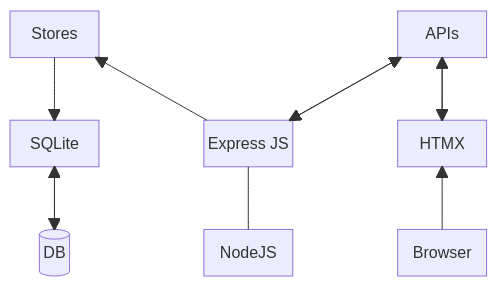
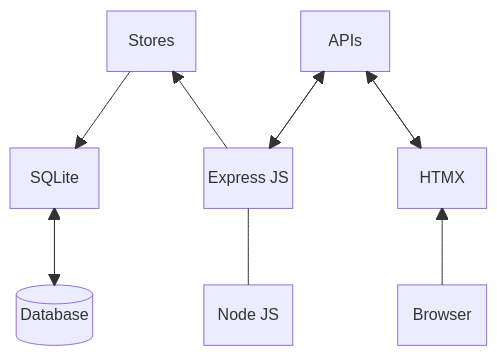
The diagram in README.md (TracyGJG/htmx-sqlite-todo), drawn with Mermaid before and after one commit.

Commit message:
Diagram updated

````diff
--- a/README.md
+++ b/README.md
@@ -31,35 +31,37 @@
 ```Mermaid
 block-beta
     columns 5
 
+    space
     St["Stores"]
-    space:3
+    space
     A["APIs"]
+    space
 
     space:5
 
     Sq["SQLite"]
-    space:1
+    space
     Ex["Express JS"]
-    space:1
+    space
     H["HTMX"]
 
     space:5
 
-    db[("DB")]:1
-    space:1
-    N["NodeJS"]
-    space:1
+    db[("Database")]
+    space
+    N["Node JS"]
+    space
     B["Browser"]
 
     Sq --> db
+    db --> Sq
     St --> Sq
-    db --> Sq
     Ex --> St
+    N --- Ex
     Ex --> A
     A --> Ex
-		A --> H
+    A --> H
     H --> A
-    N --- Ex
     B --> H
 ```
````
